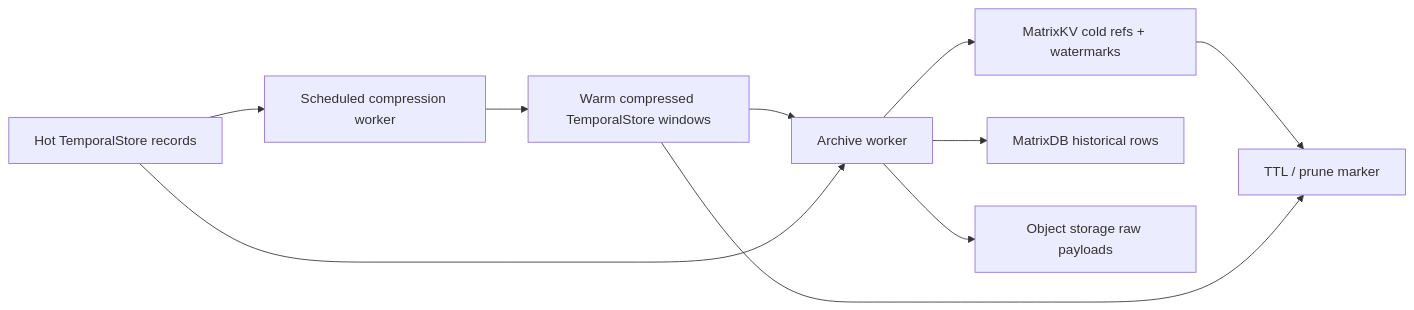
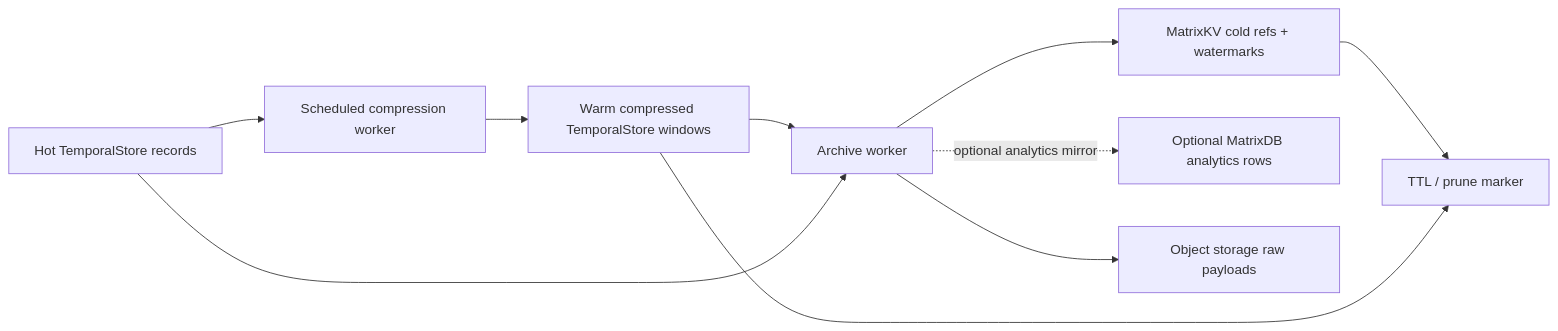
The second of 6 diagrams in docs/matrixark_temporalstore_cold_archive_matrixdb_matrixkv.md (matrixarkai/TemporalStore), drawn with Mermaid before and after one commit. The commit also changed other lines of this file and 2 other files, not shown here.

Commit message:
Clarify MatrixKV cold archive role

````diff
--- a/docs/matrixark_temporalstore_cold_archive_matrixdb_matrixkv.md
+++ b/docs/matrixark_temporalstore_cold_archive_matrixdb_matrixkv.md
@@ -229,20 +235,20 @@
 ```mermaid
 flowchart LR
   A["Hot TemporalStore records"]
   B["Scheduled compression worker"]
   C["Warm compressed TemporalStore windows"]
   D["Archive worker"]
   E["MatrixKV cold refs + watermarks"]
-  F["MatrixDB historical rows"]
+  F["Optional MatrixDB analytics rows"]
   G["Object storage raw payloads"]
   H["TTL / prune marker"]
 
   A --> B --> C
   C --> D
   A --> D
   D --> E
-  D --> F
+  D -. "optional analytics mirror" .-> F
   D --> G
   E --> H
   C --> H
 ```
````
